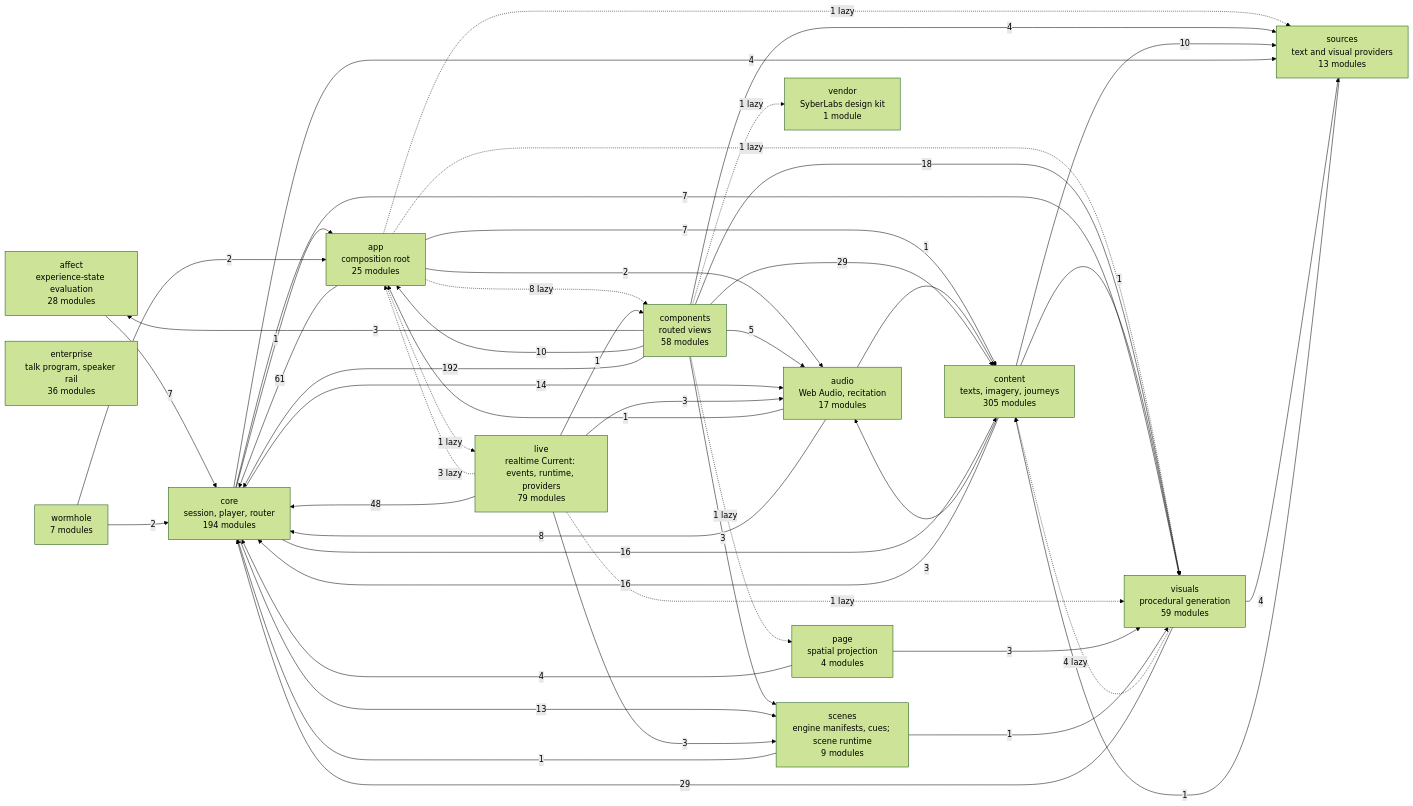
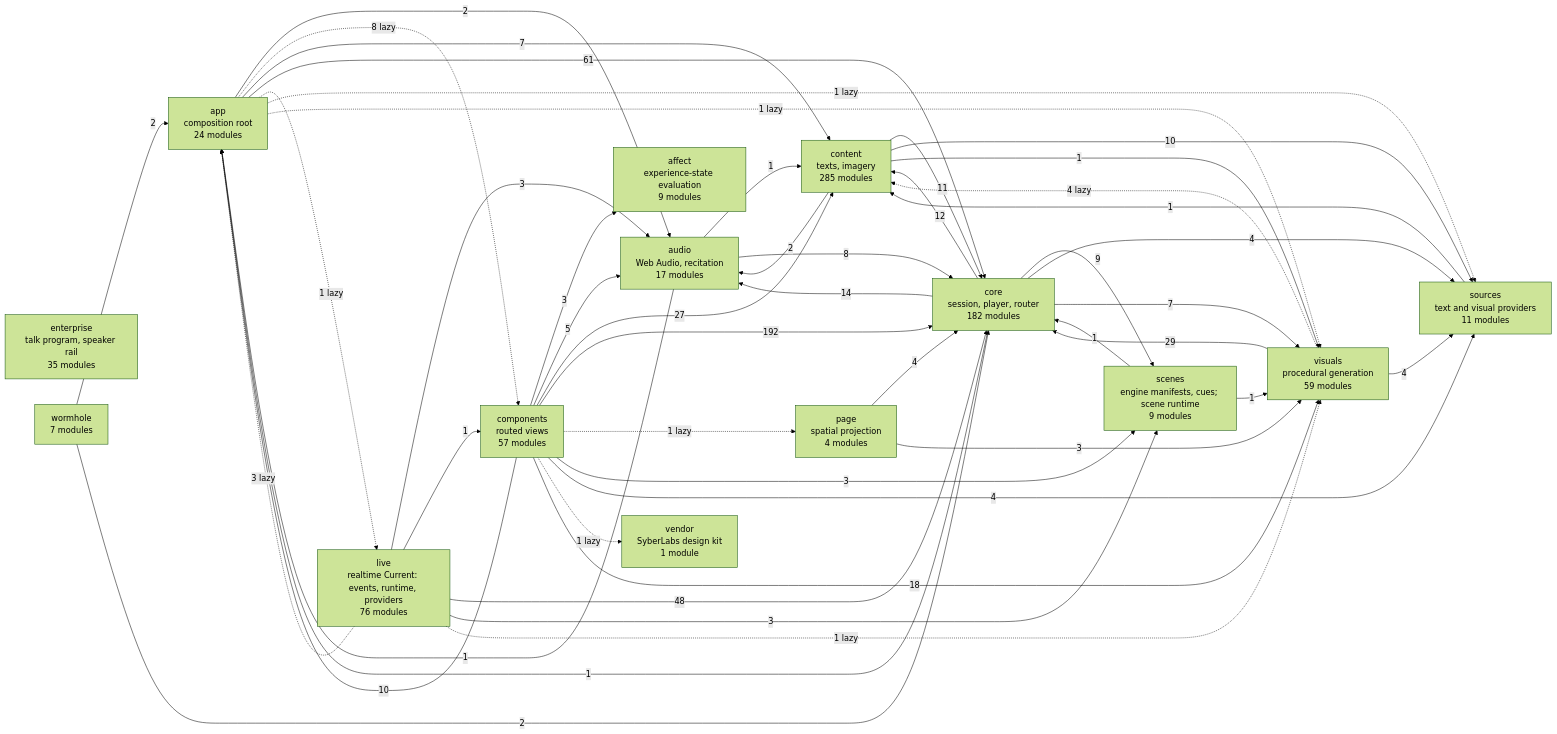
One commit to SyberLabs/RISE changed the diagram in docs/specs/ARCHITECTURE.md. Above: the diagram before and after it, drawn with Mermaid (forest theme). The commit also changed other lines of this file and 415 other files, not shown here.

First line of the commit message:
Delete every path no live deployed app reaches (dead-code sweep round 4) (#767)

````diff
--- a/docs/specs/ARCHITECTURE.md
+++ b/docs/specs/ARCHITECTURE.md
@@ -161,65 +161,64 @@
 ```mermaid
 flowchart LR
-    affect["affect<br/>experience-state evaluation<br/>28 modules"]
-    app["app<br/>composition root<br/>25 modules"]
+    affect["affect<br/>experience-state evaluation<br/>9 modules"]
+    app["app<br/>composition root<br/>24 modules"]
     audio["audio<br/>Web Audio, recitation<br/>17 modules"]
-    components["components<br/>routed views<br/>58 modules"]
-    content["content<br/>texts, imagery, journeys<br/>305 modules"]
-    core["core<br/>session, player, router<br/>194 modules"]
-    enterprise["enterprise<br/>talk program, speaker rail<br/>36 modules"]
-    live["live<br/>realtime Current: events, runtime, providers<br/>79 modules"]
+    components["components<br/>routed views<br/>57 modules"]
+    content["content<br/>texts, imagery<br/>285 modules"]
+    core["core<br/>session, player, router<br/>182 modules"]
+    enterprise["enterprise<br/>talk program, speaker rail<br/>35 modules"]
+    live["live<br/>realtime Current: events, runtime, providers<br/>76 modules"]
     page["page<br/>spatial projection<br/>4 modules"]
     scenes["scenes<br/>engine manifests, cues; scene runtime<br/>9 modules"]
-    sources["sources<br/>text and visual providers<br/>13 modules"]
+    sources["sources<br/>text and visual providers<br/>11 modules"]
     vendor["vendor<br/>SyberLabs design kit<br/>1 module"]
     visuals["visuals<br/>procedural generation<br/>59 modules"]
     wormhole["wormhole<br/>7 modules"]
 
-    affect --> |7| core
     app --> |2| audio
     app -.-> |8 lazy| components
     app --> |7| content
     app --> |61| core
     app -.-> |1 lazy| live
     app -.-> |1 lazy| sources
     app -.-> |1 lazy| visuals
     audio --> |1| app
     audio --> |1| content
     audio --> |8| core
     components --> |3| affect
     components --> |10| app
     components --> |5| audio
-    components --> |29| content
+    components --> |27| content
     components --> |192| core
     components -.-> |1 lazy| page
     components --> |3| scenes
     components --> |4| sources
     components -.-> |1 lazy| vendor
     components --> |18| visuals
-    content --> |3| audio
-    content --> |16| core
+    content --> |2| audio
+    content --> |11| core
     content --> |10| sources
     content --> |1| visuals
     core --> |1| app
     core --> |14| audio
-    core --> |16| content
-    core --> |13| scenes
+    core --> |12| content
+    core --> |9| scenes
     core --> |4| sources
     core --> |7| visuals
     live -.-> |3 lazy| app
     live --> |3| audio
     live --> |1| components
     live --> |48| core
     live --> |3| scenes
     live -.-> |1 lazy| visuals
     page --> |4| core
     page --> |3| visuals
     scenes --> |1| core
     scenes --> |1| visuals
     sources --> |1| content
     visuals -.-> |4 lazy| content
     visuals --> |29| core
     visuals --> |4| sources
     wormhole --> |2| app
     wormhole --> |2| core
 ```
````
